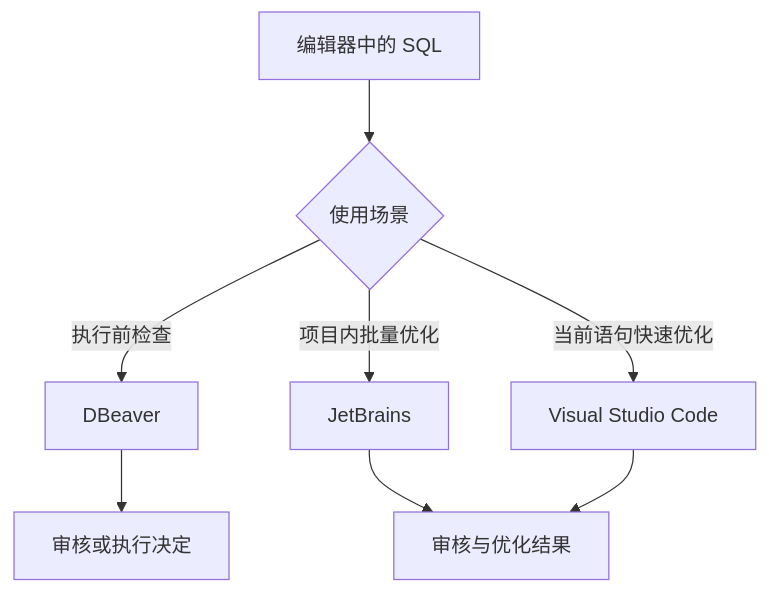
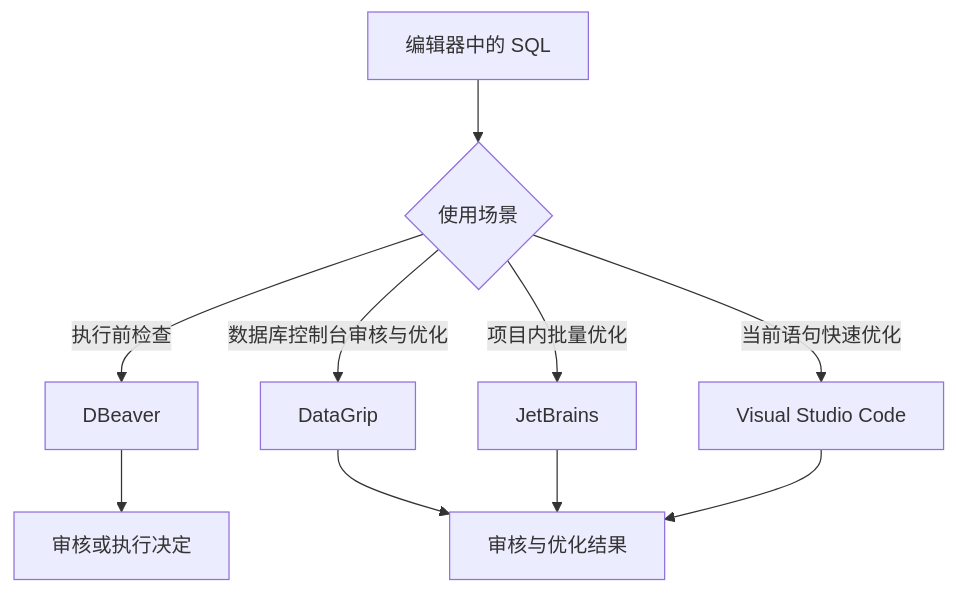
The diagram in docs/user-guide/dev-tools/index.mdx (PawSQL/pawsql-docs-mantlify), drawn with Mermaid before and after one commit. The commit also changed other lines of this file and 8 other files, not shown here.

First line of the commit message:
feat(dev-tools): 新增 PawSQL for DataGrip 插件文档

````diff
--- a/docs/user-guide/dev-tools/index.mdx
+++ b/docs/user-guide/dev-tools/index.mdx
@@ -42,10 +44,12 @@
 ```mermaid
 flowchart TD
     A["编辑器中的 SQL"] --> B{"使用场景"}
     B -->|执行前检查| C["DBeaver"]
+    B -->|数据库控制台审核与优化| H["DataGrip"]
     B -->|项目内批量优化| D["JetBrains"]
     B -->|当前语句快速优化| E["Visual Studio Code"]
     C --> F["审核或执行决定"]
-    D --> G["审核与优化结果"]
+    H --> G["审核与优化结果"]
+    D --> G
     E --> G
 ```
````
